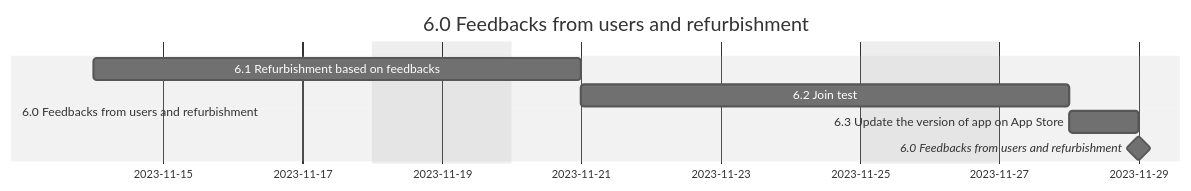
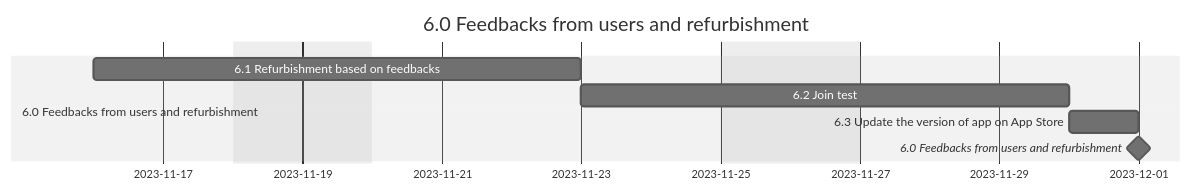
Before and after one commit to riow1983/Coursera-PMP: the eighth of 11 diagrams in README.md, drawn with Mermaid (neutral theme). The commit also changed other lines of this file, not shown here.

````diff
--- a/README.md
+++ b/README.md
@@ -241,12 +241,12 @@
 ```mermaid
 gantt
   dateFormat  YYYY-MM-DD
   title       6.0 Feedbacks from users and refurbishment
   excludes    weekends
 
   section 6.0 Feedbacks from users and refurbishment
-  6.1 Refurbishment based on feedbacks: 2023-11-14, 5d
+  6.1 Refurbishment based on feedbacks: 2023-11-16, 5d
   6.2 Join test: 5d
   6.3 Update the version of app on App Store: 0.5d
   6.0 Feedbacks from users and refurbishment: milestone, 0d
 ```
````
